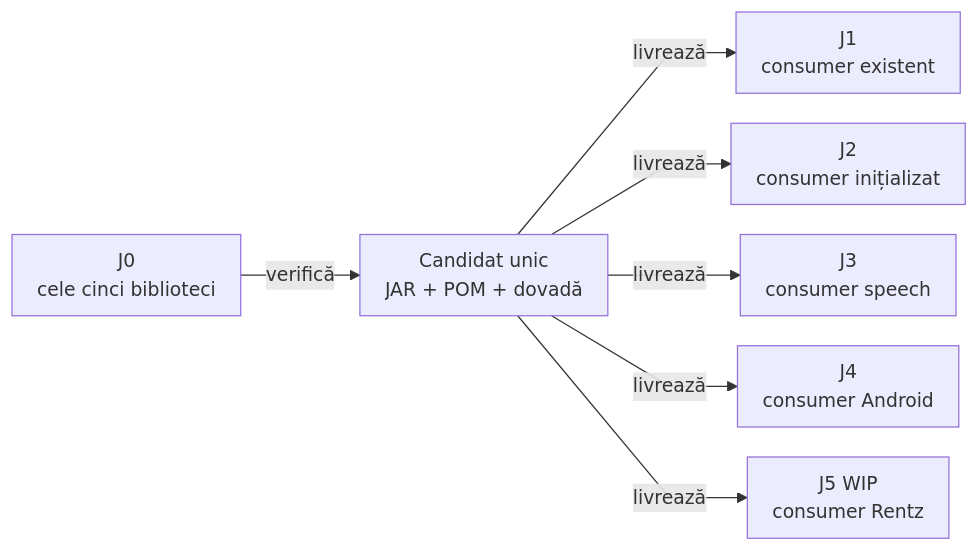
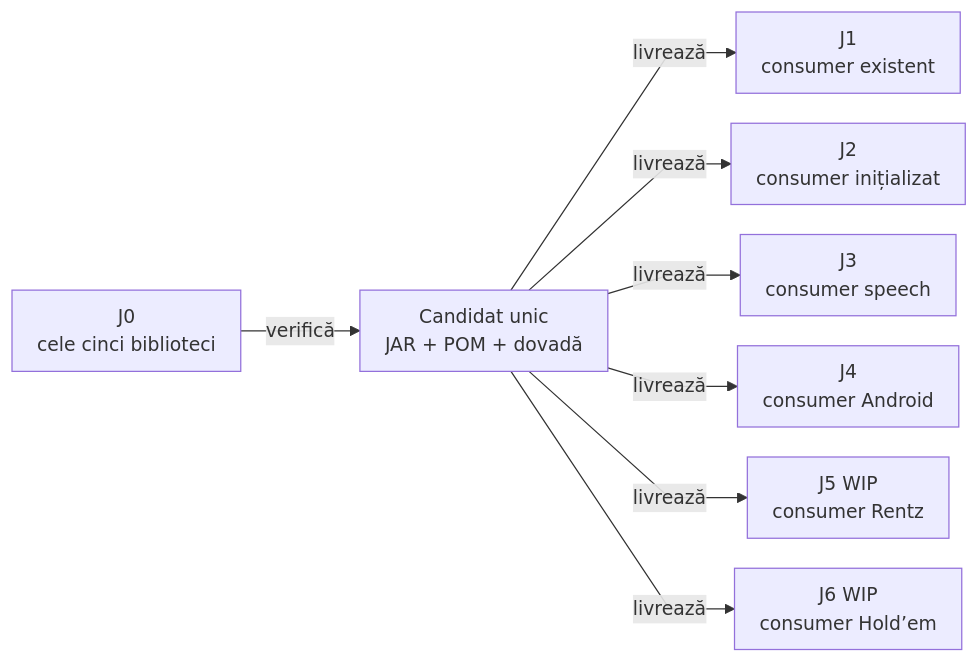
One commit to crististefanita/atf_j0 changed the diagram in docs/ATF_Workspace_Synchronization.md. Above: the diagram before and after it, drawn with Mermaid. The commit also changed other lines of this file and 154 other files, not shown here.

````diff
--- a/docs/ATF_Workspace_Synchronization.md
+++ b/docs/ATF_Workspace_Synchronization.md
@@ -26,10 +27,11 @@
 ```mermaid
 %%{init: {"themeVariables":{"fontSize":"15px"},"themeCSS":".nodeLabel, .nodeLabel p { font-size: 15px !important; line-height: 1.35 !important; } .edgeLabel, .edgeLabel p { font-size: 12px !important; font-weight: 400 !important; line-height: 1.2 !important; } .edgeLabel .labelBkg, .edgeLabel p { background: transparent !important; } .edgeLabel foreignObject { transform: translateY(-18px); overflow: visible; } .node rect { rx: 6px; ry: 6px; }","flowchart":{"curve":"linear","nodeSpacing":24,"rankSpacing":40,"padding":10,"diagramPadding":16}}}%%
 flowchart LR
     Source["J0<br/>cele cinci biblioteci"] -->|verifică| Candidate["Candidat unic<br/>JAR + POM + dovadă"]
     Candidate -->|livrează| J1["J1<br/>consumer existent"]
     Candidate -->|livrează| J2["J2<br/>consumer inițializat"]
     Candidate -->|livrează| J3["J3<br/>consumer speech"]
     Candidate -->|livrează| J4["J4<br/>consumer Android"]
     Candidate -->|livrează| J5["J5 WIP<br/>consumer Rentz"]
+    Candidate -->|livrează| J6["J6 WIP<br/>consumer Hold’em"]
 ```
````
